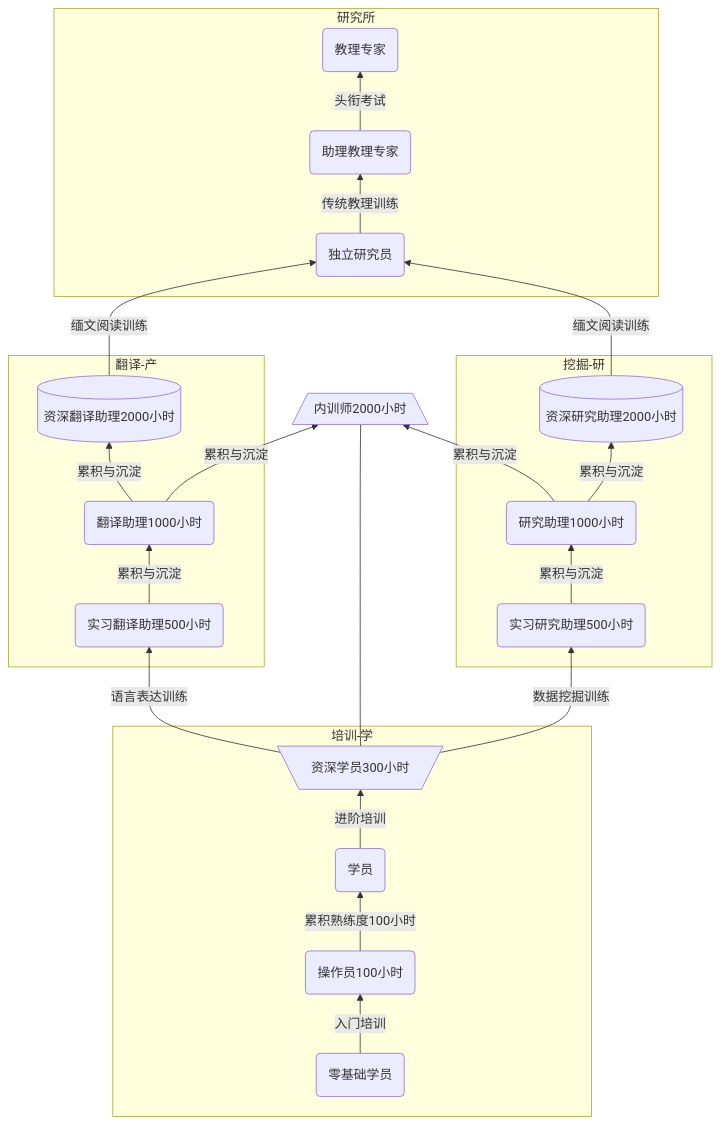
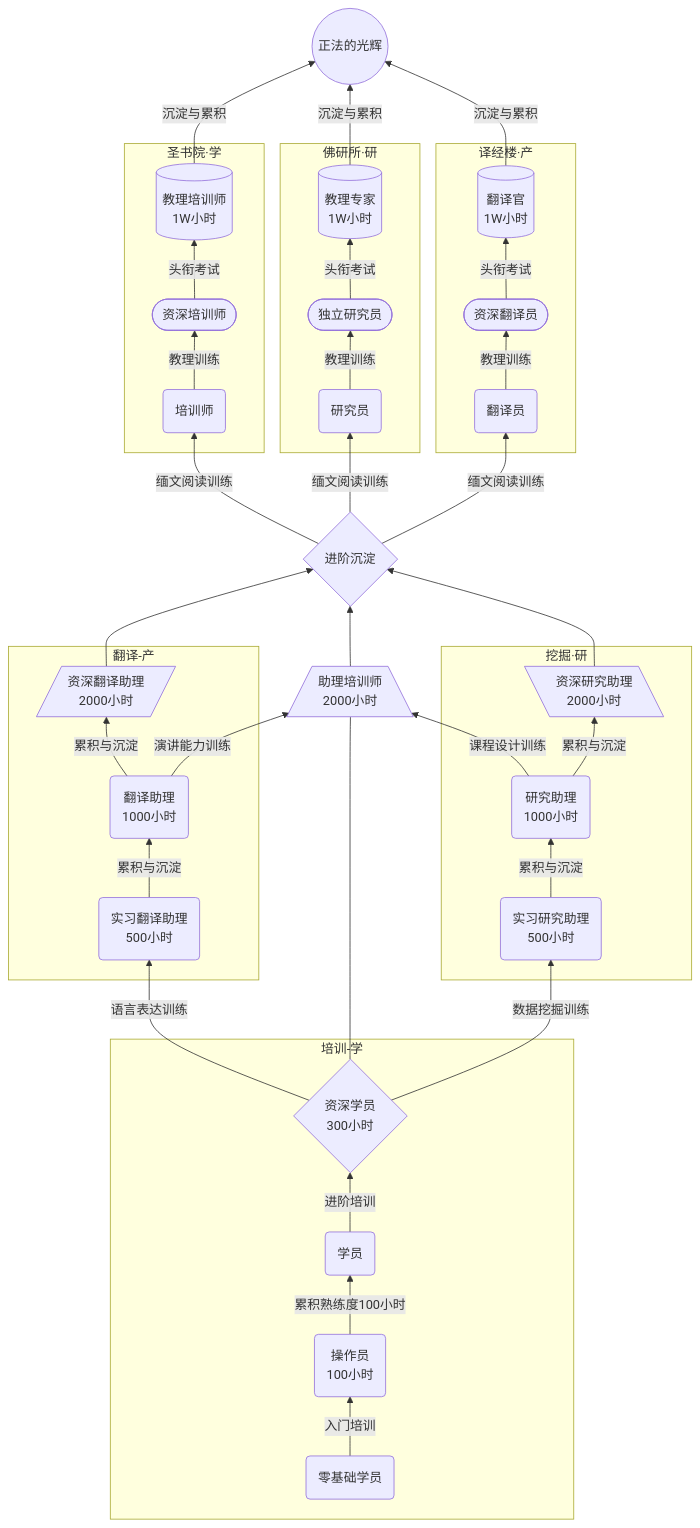
One commit to Bhikkhu-Kosalla/IAPT_Doc changed the diagram in 晋级路线.md. Above: the diagram before and after it, drawn with Mermaid.

Commit message:
优化

````diff
--- a/晋级路线.md
+++ b/晋级路线.md
@@ -1,45 +1,70 @@
 ```mermaid
 graph BT;
-A(零基础学员);
-B(操作员100小时);
-C(学员);
-D[\资深学员300小时/];
-E(实习翻译助理500小时);
-F(实习研究助理500小时);
-G(研究助理1000小时);
-H(翻译助理1000小时);
-I[(资深翻译助理2000小时)];
-J[(资深研究助理2000小时)];
-K[/内训师2000小时\];
-L(独立研究员);
-M(助理教理专家);
-N(教理专家);
-
 subgraph 培训-学
 A--入门培训-->B;
 B--累积熟练度100小时-->C;
 C--进阶培训-->D
 end;
+
 subgraph 翻译-产
 D--语言表达训练-->E;
 E--累积与沉淀-->H;
 H--累积与沉淀-->I;
+end
 
-end
-subgraph 挖掘-研
+subgraph "挖掘·研"
 D--数据挖掘训练-->F;
 F--累积与沉淀-->G;
 G--累积与沉淀-->J;
+
 end
-subgraph 研究所
-I--缅文阅读训练-->L;
-J--缅文阅读训练-->L;
-L--传统教理训练-->M;
+I-->R;
+K-->R;
+J-->R;
+R--缅文阅读训练-->L;
+R--缅文阅读训练-->O;
+R--缅文阅读训练-->Q;
+subgraph "佛研所·研"
+
+L--教理训练-->M;
 M--头衔考试-->N;
 end
-G--累积与沉淀-->K;
-H--累积与沉淀-->K;
+subgraph "圣书院·学"
+O--教理训练-->P;
+P--头衔考试-->S;
+end
+subgraph "译经楼·产"
+Q--教理训练-->T;
+T--头衔考试-->U
+end
+G--课程设计训练-->K;
+H--演讲能力训练-->K;
 D----K;
+S--沉淀与累积-->V;
+N--沉淀与累积-->V;
+U--沉淀与累积-->V;
 
 
+A(零基础学员);
+B(操作员<br>100小时);
+C(学员);
+D{"资深学员<br>300小时"};
+E("实习翻译助理<br>500小时");
+F(实习研究助理<br>500小时);
+G(研究助理<br>1000小时);
+H(翻译助理<br>1000小时);
+I[/资深翻译助理<br>2000小时/];
+J[\资深研究助理<br>2000小时\];
+K[/助理培训师<br>2000小时\];
+R{进阶沉淀}
+L(研究员);
+O(培训师);
+M([独立研究员]);
+T([资深翻译员]);
+P([资深培训师]);
+Q(翻译员);
+N[(教理专家<br>1W小时)];
+S[(教理培训师<br>1W小时)];
+U[(翻译官<br>1W小时)];
+V((正法的光辉));
 ```
````
